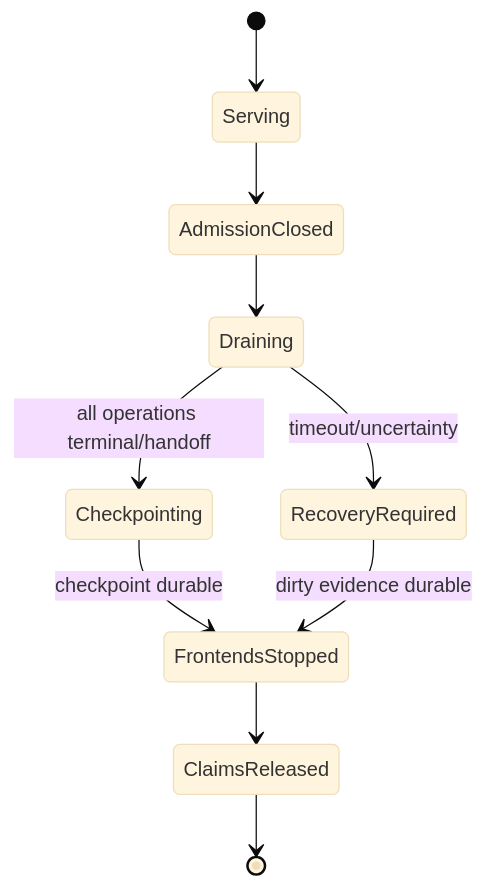
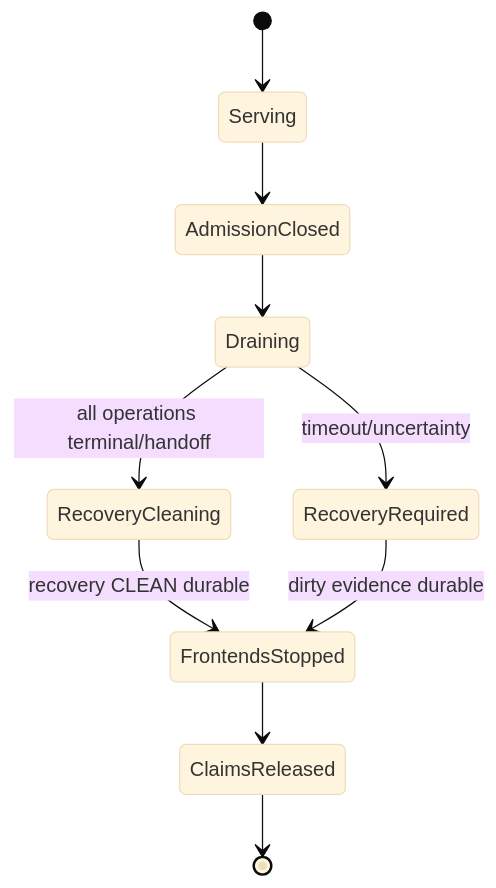
One commit to dvicory/DiskWeave changed diagram 13 of 23 in docs/architecture/diskweave-architecture-roadmap-v0.8.md. Above: the diagram before and after it, drawn with Mermaid (base theme). The commit also changed other lines of this file and 89 other files, not shown here.

````diff
--- a/docs/architecture/diskweave-architecture-roadmap-v0.8.md
+++ b/docs/architecture/diskweave-architecture-roadmap-v0.8.md
@@ -1814,12 +1813,12 @@
 ```mermaid
 stateDiagram-v2
     [*] --> Serving
     Serving --> AdmissionClosed
     AdmissionClosed --> Draining
-    Draining --> Checkpointing: all operations terminal/handoff
+    Draining --> RecoveryCleaning: all operations terminal/handoff
     Draining --> RecoveryRequired: timeout/uncertainty
-    Checkpointing --> FrontendsStopped: checkpoint durable
+    RecoveryCleaning --> FrontendsStopped: recovery CLEAN durable
     RecoveryRequired --> FrontendsStopped: dirty evidence durable
     FrontendsStopped --> ClaimsReleased
     ClaimsReleased --> [*]
 ```
````
